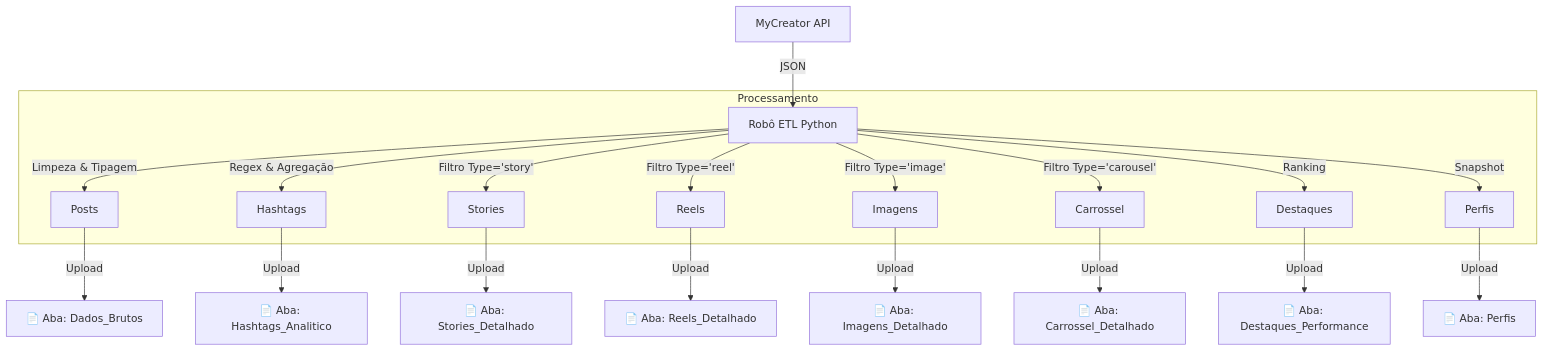
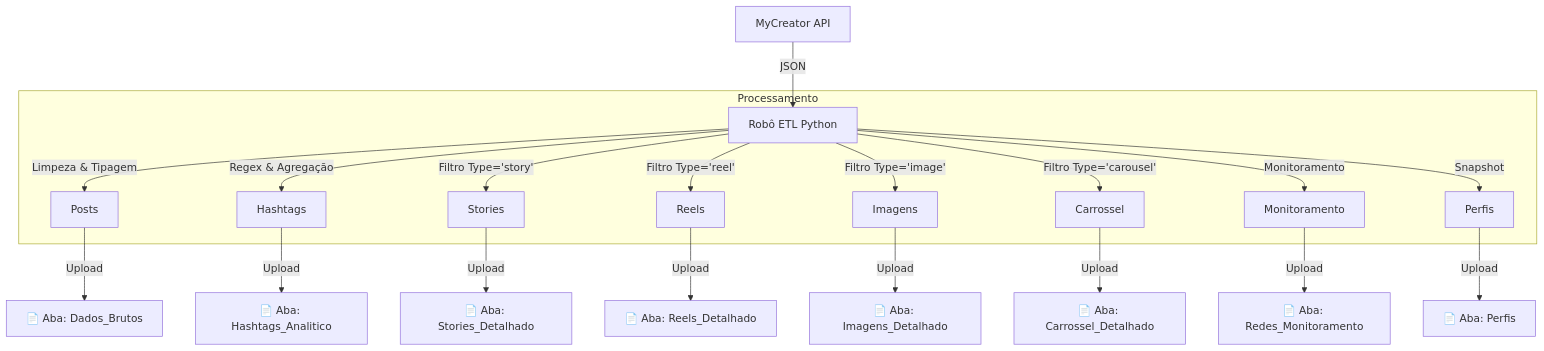
The diagram in Docs/DICIONARIO_DADOS.md (mscarpenter-myside/mycreator-analytics), drawn with Mermaid before and after one commit. The commit also changed other lines of this file, not shown here.

````diff
--- a/Docs/DICIONARIO_DADOS.md
+++ b/Docs/DICIONARIO_DADOS.md
@@ -10,24 +10,24 @@
 ```mermaid
 graph TD
     API[MyCreator API] -->|JSON| ETL[Robô ETL Python]
     
     subgraph Processamento
         ETL -->|Limpeza & Tipagem| P1[Posts]
         ETL -->|Regex & Agregação| H1[Hashtags]
     ETL -->|Filtro Type='story'| S1[Stories]
         ETL -->|Filtro Type='reel'| R1[Reels]
         ETL -->|Filtro Type='image'| I1[Imagens]
         ETL -->|Filtro Type='carousel'| C1[Carrossel]
-        ETL -->|Ranking| D1[Destaques]
+        ETL -->|Monitoramento| D1[Monitoramento]
         ETL -->|Snapshot| PR1[Perfis]
     end
     
     P1 -->|Upload| GS1[📄 Aba: Dados_Brutos]
     PR1 -->|Upload| GS2[📄 Aba: Perfis]
     H1 -->|Upload| GS3[📄 Aba: Hashtags_Analitico]
     S1 -->|Upload| GS4[📄 Aba: Stories_Detalhado]
     R1 -->|Upload| GS5[📄 Aba: Reels_Detalhado]
     I1 -->|Upload| GS6[📄 Aba: Imagens_Detalhado]
     C1 -->|Upload| GS7[📄 Aba: Carrossel_Detalhado]
-    D1 -->|Upload| GS8[📄 Aba: Destaques_Performance]
+    D1 -->|Upload| GS8[📄 Aba: Redes_Monitoramento]
 ```
````
